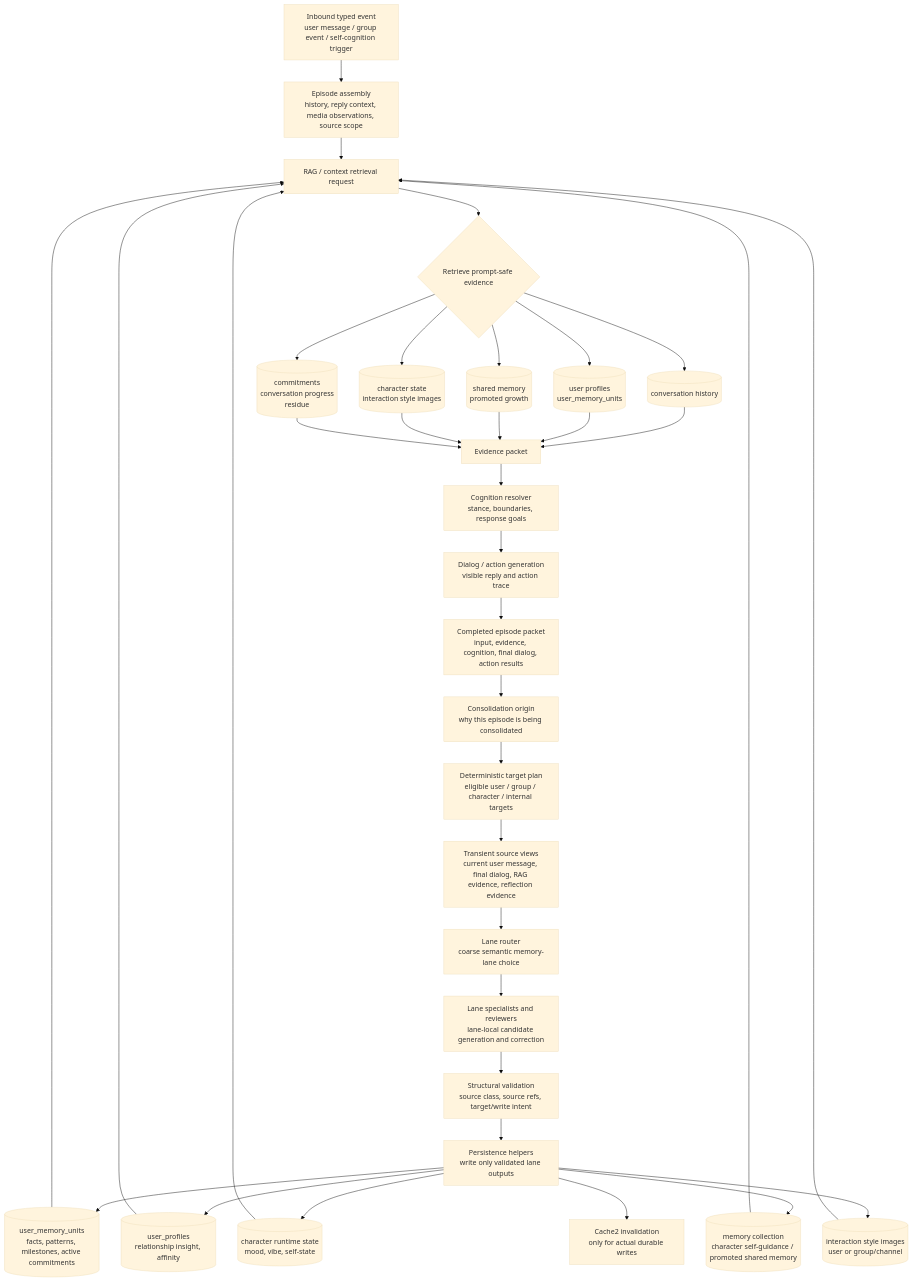
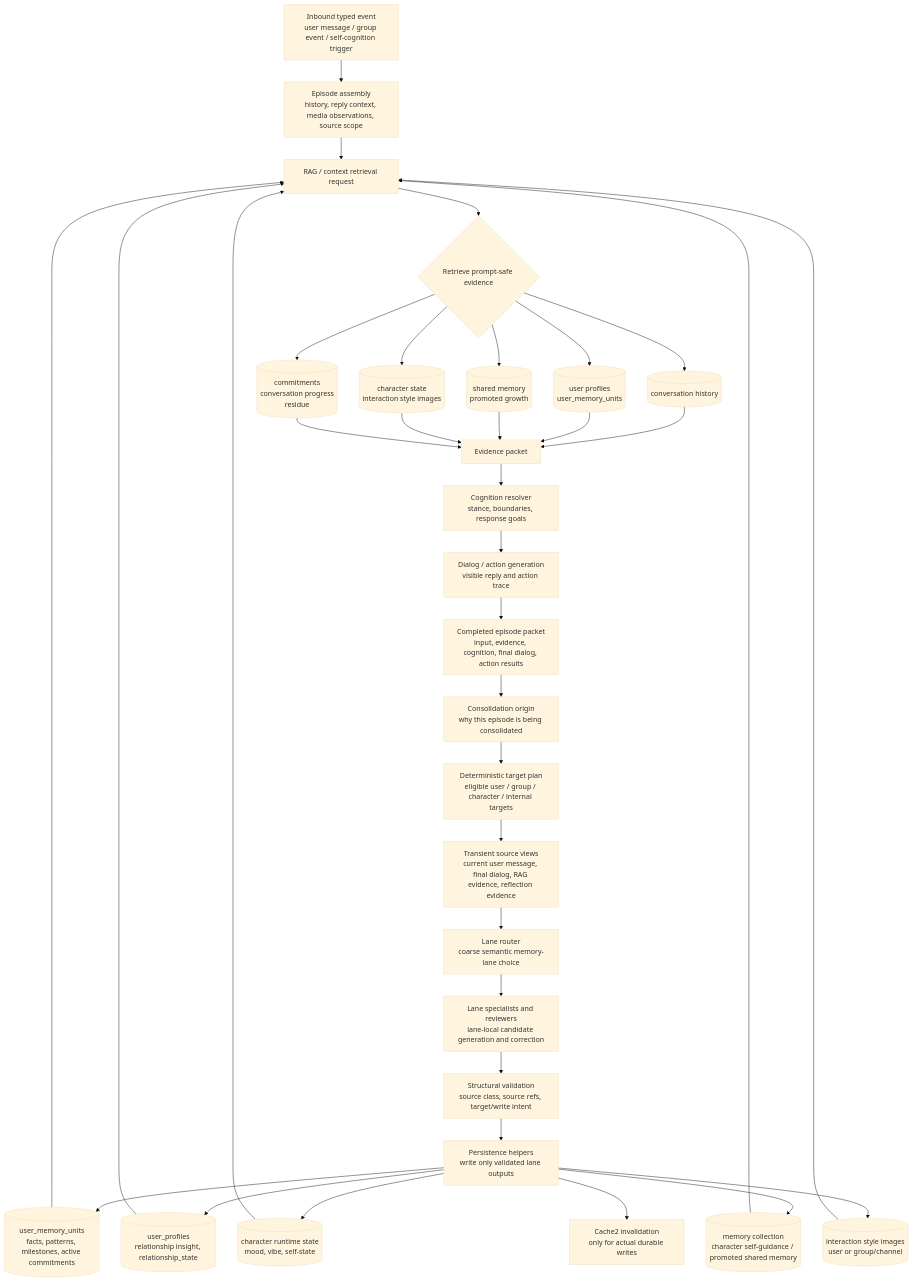
One commit to eamars/KazusaAIChatbot changed the first of 2 diagrams in src/kazusa_ai_chatbot/consolidation/README.md. Above: the diagram before and after it, drawn with Mermaid (base theme). The commit also changed other lines of this file and 153 other files, not shown here.

````diff
--- a/src/kazusa_ai_chatbot/consolidation/README.md
+++ b/src/kazusa_ai_chatbot/consolidation/README.md
@@ -149,44 +149,44 @@
 ```mermaid
 flowchart TD
     A["Inbound typed event<br/>user message / group event / self-cognition trigger"] --> B["Episode assembly<br/>history, reply context, media observations, source scope"]
 
     B --> C["RAG / context retrieval request"]
     C --> D{"Retrieve prompt-safe evidence"}
 
     D --> DB1[("conversation history")]
     D --> DB2[("user profiles<br/>user_memory_units")]
     D --> DB3[("shared memory<br/>promoted growth")]
     D --> DB4[("character state<br/>interaction style images")]
     D --> DB5[("commitments<br/>conversation progress<br/>residue")]
 
     DB1 --> E["Evidence packet"]
     DB2 --> E
     DB3 --> E
     DB4 --> E
     DB5 --> E
 
     E --> F["Cognition resolver<br/>stance, boundaries, response goals"]
     F --> G["Dialog / action generation<br/>visible reply and action trace"]
     G --> H["Completed episode packet<br/>input, evidence, cognition, final dialog, action results"]
 
     H --> I["Consolidation origin<br/>why this episode is being consolidated"]
     I --> J["Deterministic target plan<br/>eligible user / group / character / internal targets"]
     J --> K["Transient source views<br/>current user message, final dialog, RAG evidence, reflection evidence"]
     K --> L["Lane router<br/>coarse semantic memory-lane choice"]
     L --> M["Lane specialists and reviewers<br/>lane-local candidate generation and correction"]
     M --> N["Structural validation<br/>source class, source refs, target/write intent"]
     N --> O["Persistence helpers<br/>write only validated lane outputs"]
 
     O --> W1[("user_memory_units<br/>facts, patterns, milestones, active commitments")]
-    O --> W2[("user_profiles<br/>relationship insight, affinity")]
+    O --> W2[("user_profiles<br/>relationship insight, relationship_state")]
     O --> W3[("character runtime state<br/>mood, vibe, self-state")]
     O --> W4[("memory collection<br/>character self-guidance / promoted shared memory")]
     O --> W5[("interaction style images<br/>user or group/channel")]
     O --> W6["Cache2 invalidation<br/>only for actual durable writes"]
 
     W1 --> C
     W2 --> C
     W3 --> C
     W4 --> C
     W5 --> C
 ```
````
